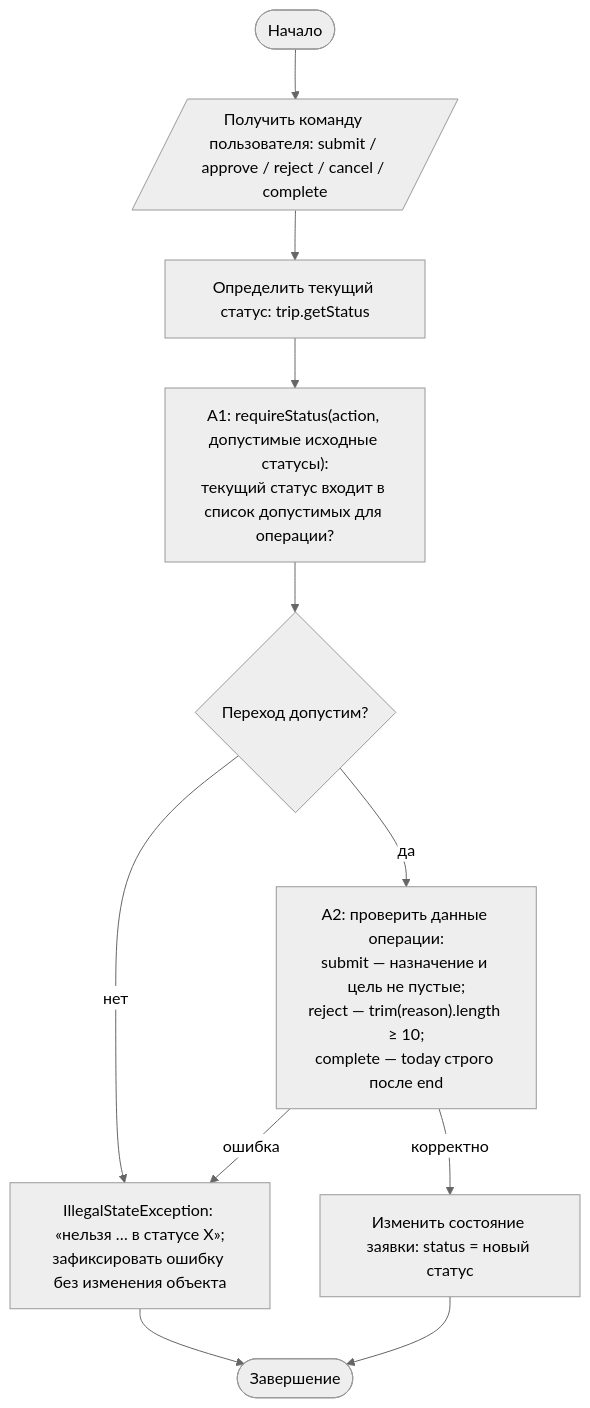
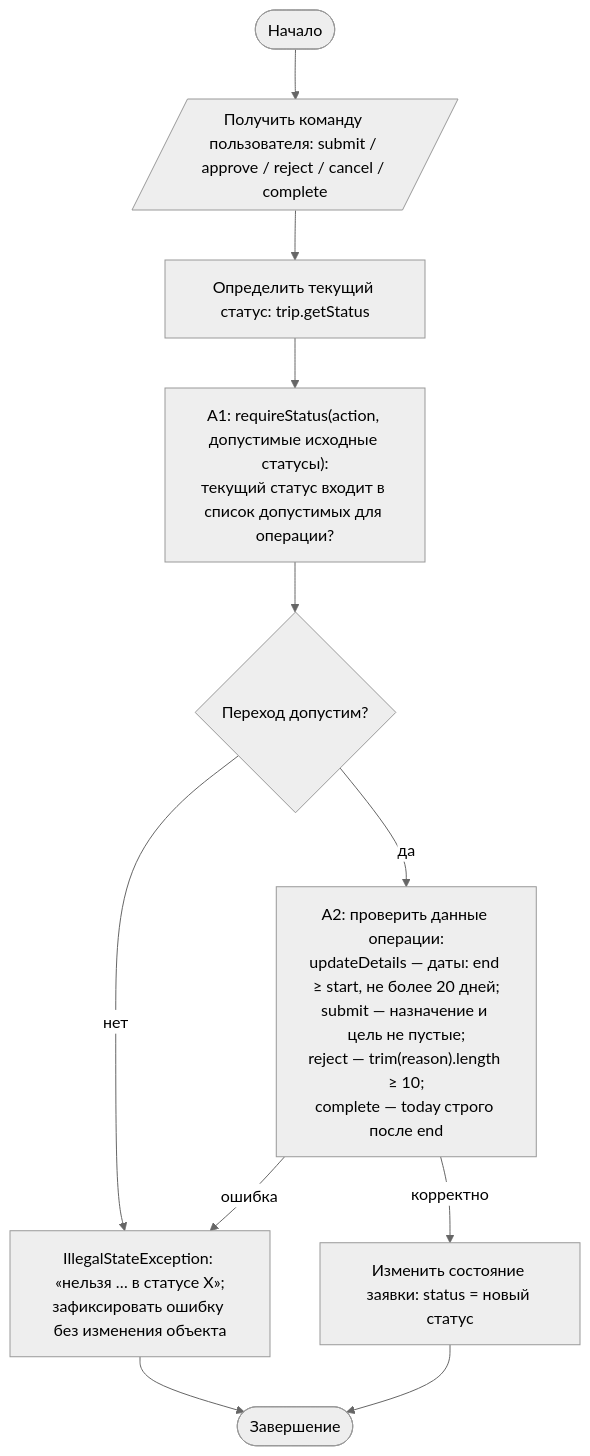
The second of 3 diagrams in pr08/README.md (f1shi/java-practice), drawn with Mermaid (neutral theme) before and after one commit. The commit also changed other lines of this file and 68 other files, not shown here.

````diff
--- a/pr08/README.md
+++ b/pr08/README.md
@@ -46,12 +49,12 @@
 ```mermaid
 flowchart TD
     S([Начало]) --> IN[/Получить команду пользователя: submit / approve / reject / cancel / complete/]
     IN --> ST[Определить текущий статус: trip.getStatus]
     ST --> A1["A1: requireStatus(action, допустимые исходные статусы):<br/>текущий статус входит в список допустимых для операции?"]
     A1 --> D{Переход допустим?}
     D -- нет --> ERR["IllegalStateException: «нельзя … в статусе X»;<br/>зафиксировать ошибку без изменения объекта"]
-    D -- да --> A2["A2: проверить данные операции:<br/>submit — назначение и цель не пустые;<br/>reject — trim(reason).length ≥ 10;<br/>complete — today строго после end"]
+    D -- да --> A2["A2: проверить данные операции:<br/>updateDetails — даты: end ≥ start, не более 20 дней;<br/>submit — назначение и цель не пустые;<br/>reject — trim(reason).length ≥ 10;<br/>complete — today строго после end"]
     A2 -- ошибка --> ERR
     A2 -- корректно --> CH[Изменить состояние заявки: status = новый статус] --> E([Завершение])
     ERR --> E
 ```
````
